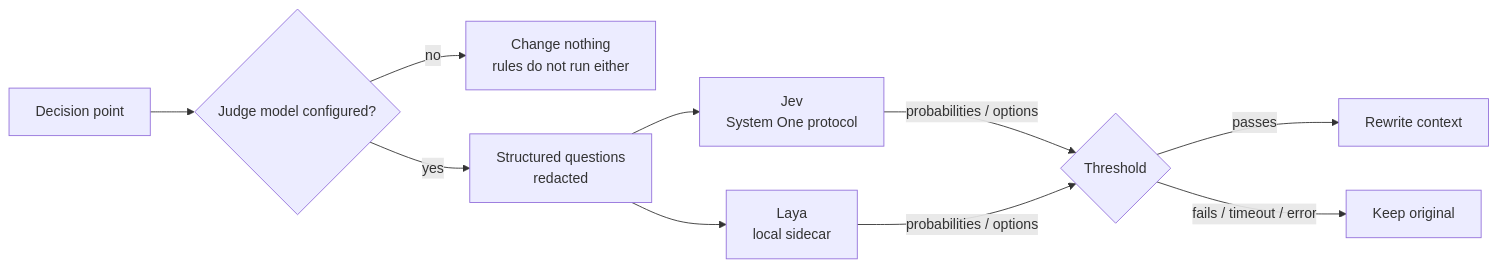
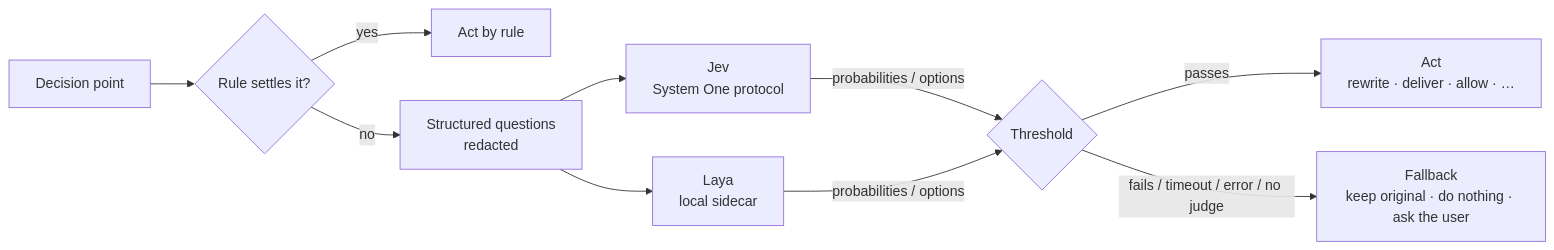
One commit to Sev7eEn7/dsh-sieve changed the second of 2 diagrams in README.md. Above: the diagram before and after it, drawn with Mermaid. The commit also changed other lines of this file and 2 other files, not shown here.

````diff
--- a/README.md
+++ b/README.md
@@ -118,11 +251,11 @@
 ```mermaid
 flowchart LR
-    D[Decision point] --> R{Judge model configured?}
-    R -->|no| N[Change nothing<br/>rules do not run either]
-    R -->|yes| Q[Structured questions<br/>redacted]
+    D[Decision point] --> R{Rule settles it?}
+    R -->|yes| RA[Act by rule]
+    R -->|no| Q[Structured questions<br/>redacted]
     Q --> JV["Jev<br/>System One protocol"]
     Q --> LY["Laya<br/>local sidecar"]
     JV & LY -->|probabilities / options| P{Threshold}
-    P -->|passes| AP[Rewrite context]
-    P -->|fails / timeout / error| KP[Keep original]
+    P -->|passes| AP[Act<br/>rewrite · deliver · allow · …]
+    P -->|fails / timeout / error / no judge| KP[Fallback<br/>keep original · do nothing · ask the user]
 ```
````
